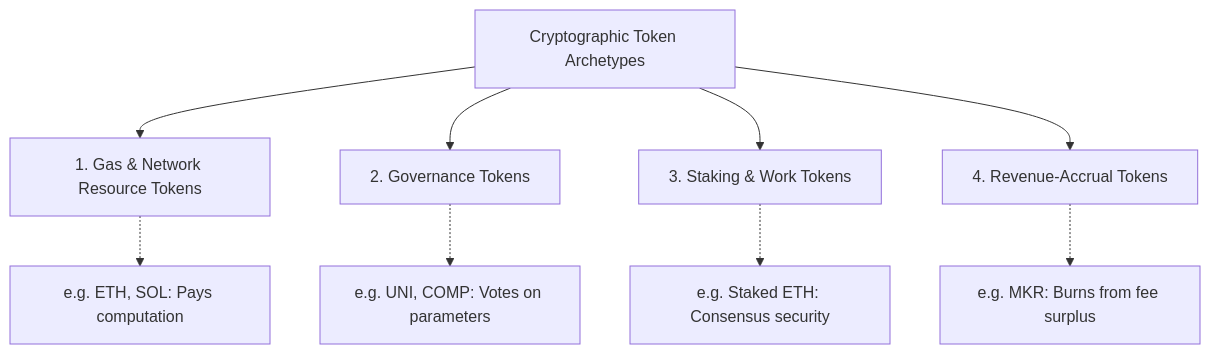
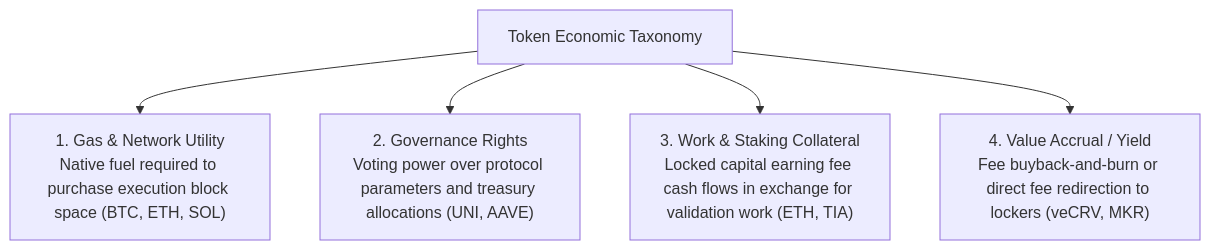
Before and after one commit to ub-society/modules: the first of 6 diagrams in docs/learn/fundamentals/05-decentralized-systems/04-tokenomics-and-economic-incentive-design.md, drawn with Mermaid. The commit also changed other lines of this file and 4 other files, not shown here.

````diff
--- a/docs/learn/fundamentals/05-decentralized-systems/04-tokenomics-and-economic-incentive-design.md
+++ b/docs/learn/fundamentals/05-decentralized-systems/04-tokenomics-and-economic-incentive-design.md
@@ -11,13 +15,8 @@
 ```mermaid
 flowchart TD
-    Tokens[Cryptographic Token Archetypes]
-    Tokens --> Gas[1. Gas & Network Resource Tokens]
-    Tokens --> Gov[2. Governance Tokens]
-    Tokens --> Staking[3. Staking & Work Tokens]
-    Tokens --> Value[4. Revenue-Accrual Tokens]
-
-    Gas -.-> ETH[e.g. ETH, SOL: Pays computation]
-    Gov -.-> UNI[e.g. UNI, COMP: Votes on parameters]
-    Staking -.-> VAL[e.g. Staked ETH: Consensus security]
-    Value -.-> MKR[e.g. MKR: Burns from fee surplus]
+    Taxonomy[Token Economic Taxonomy]
+    Taxonomy --> Utility["1. Gas & Network Utility<br/>Native fuel required to purchase execution block space (BTC, ETH, SOL)"]
+    Taxonomy --> Governance["2. Governance Rights<br/>Voting power over protocol parameters and treasury allocations (UNI, AAVE)"]
+    Taxonomy --> Staking["3. Work & Staking Collateral<br/>Locked capital earning fee cash flows in exchange for validation work (ETH, TIA)"]
+    Taxonomy --> ValueAccrual["4. Value Accrual / Yield<br/>Fee buyback-and-burn or direct fee redirection to lockers (veCRV, MKR)"]
 ```
````
